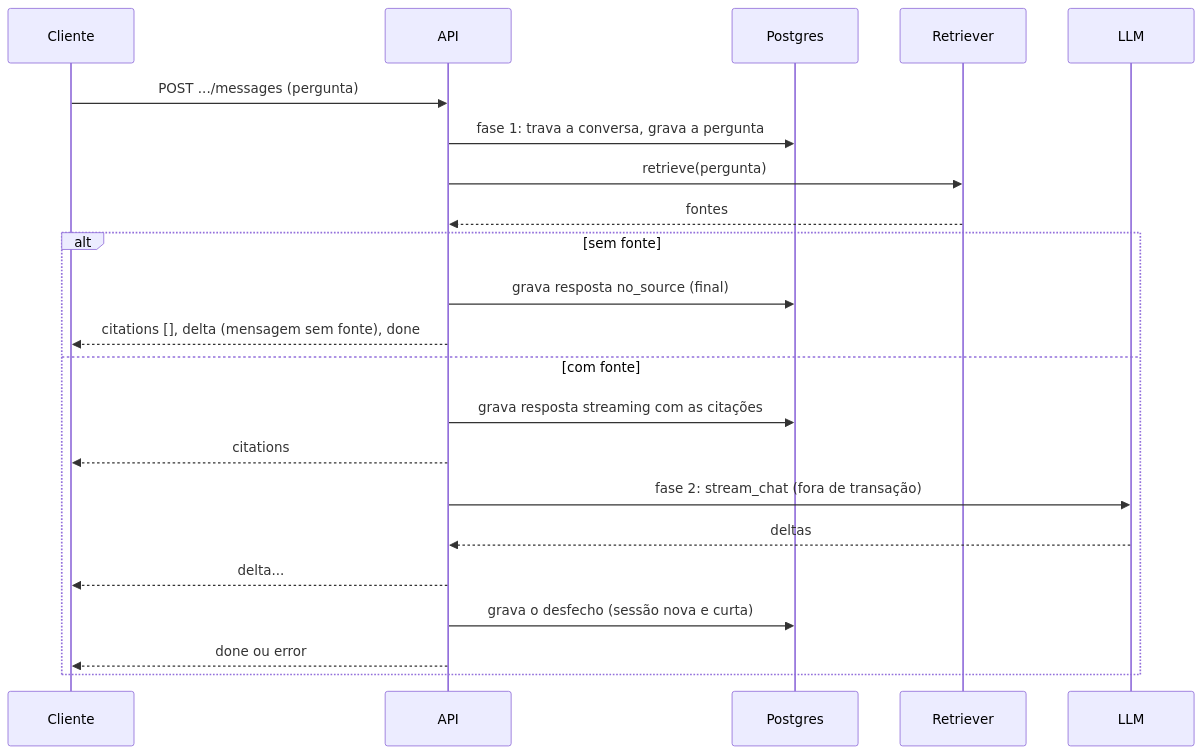
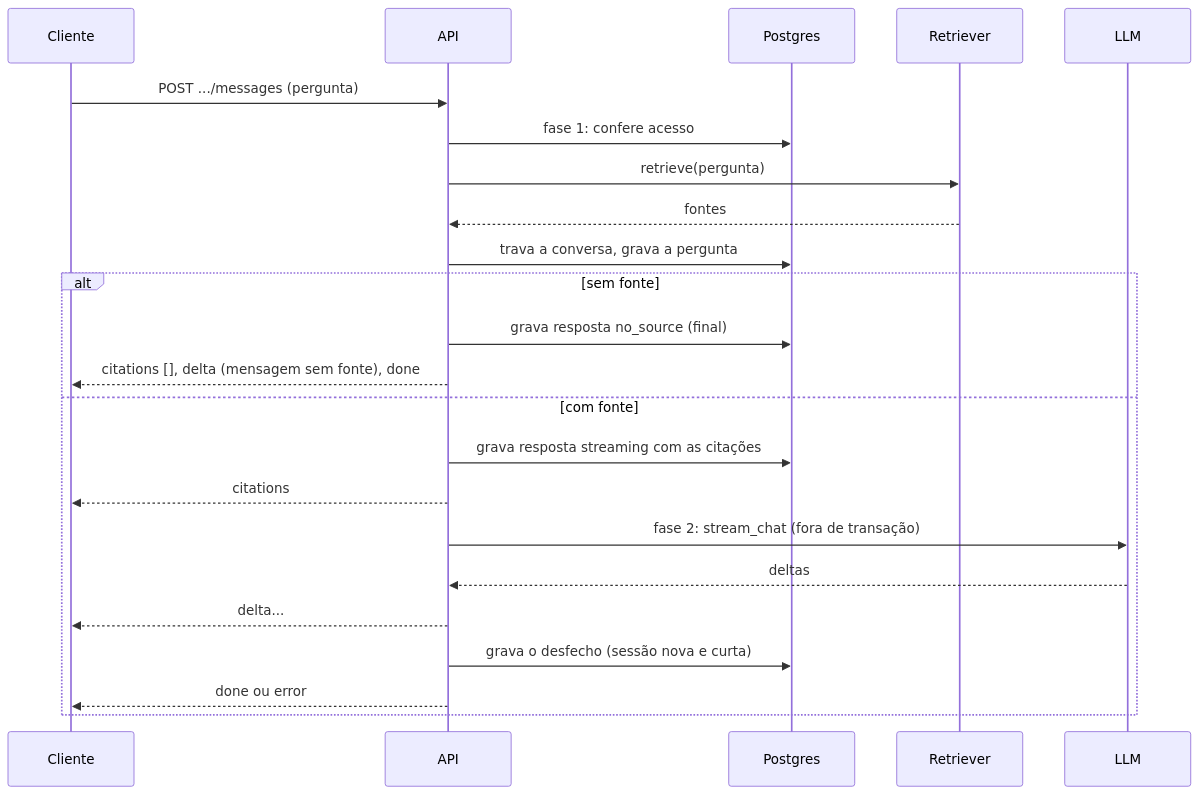
Before and after one commit to marcos14/KnoBridge: the first of 2 diagrams in docs/specs/chat.md, drawn with Mermaid. The commit also changed other lines of this file and 42 other files, not shown here.

````diff
--- a/docs/specs/chat.md
+++ b/docs/specs/chat.md
@@ -40,24 +51,25 @@
 ```mermaid
 sequenceDiagram
     participant C as Cliente
     participant A as API
     participant DB as Postgres
     participant R as Retriever
     participant L as LLM
     C->>A: POST .../messages (pergunta)
-    A->>DB: fase 1: trava a conversa, grava a pergunta
+    A->>DB: fase 1: confere acesso
     A->>R: retrieve(pergunta)
     R-->>A: fontes
+    A->>DB: trava a conversa, grava a pergunta
     alt sem fonte
         A->>DB: grava resposta no_source (final)
         A-->>C: citations [], delta (mensagem sem fonte), done
     else com fonte
         A->>DB: grava resposta streaming com as citações
         A-->>C: citations
         A->>L: fase 2: stream_chat (fora de transação)
         L-->>A: deltas
         A-->>C: delta...
         A->>DB: grava o desfecho (sessão nova e curta)
         A-->>C: done ou error
     end
 ```
````
